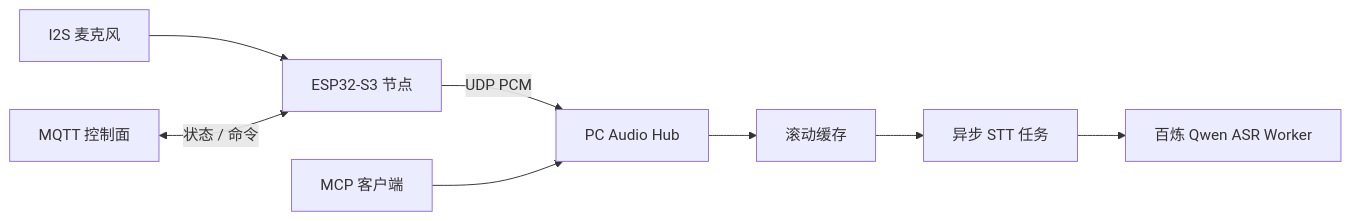
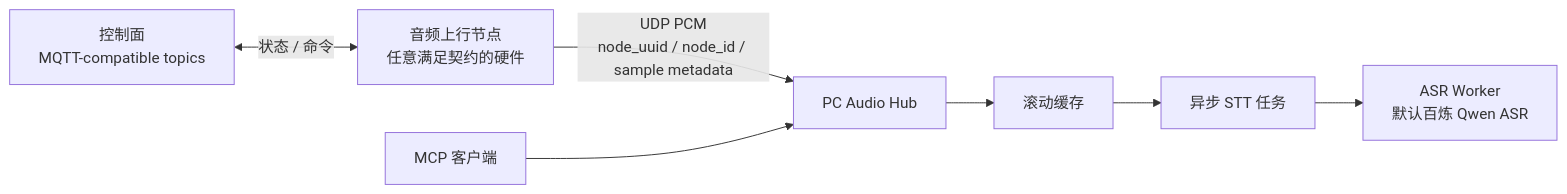
The first of 2 diagrams in README.zh-CN.md (Tobi1chi/EchoTrigger), drawn with Mermaid before and after one commit. The commit also changed other lines of this file and 5 other files, not shown here.

Commit message:
docs: split architecture diagrams

````diff
--- a/README.zh-CN.md
+++ b/README.zh-CN.md
@@ -15,10 +17,9 @@
 ```mermaid
 flowchart LR
-  mic["I2S 麦克风"] --> esp["ESP32-S3 节点"]
-  esp -->|"UDP PCM"| hub["PC Audio Hub"]
+  node["音频上行节点<br/>任意满足契约的硬件"] -->|"UDP PCM<br/>node_uuid / node_id / sample metadata"| hub["PC Audio Hub"]
+  mqtt["控制面<br/>MQTT-compatible topics"] <-->|"状态 / 命令"| node
   hub --> ring["滚动缓存"]
   ring --> jobs["异步 STT 任务"]
-  jobs --> asr["百炼 Qwen ASR Worker"]
-  mqtt["MQTT 控制面"] <-->|"状态 / 命令"| esp
+  jobs --> asr["ASR Worker<br/>默认百炼 Qwen ASR"]
   mcp["MCP 客户端"] --> hub
 ```
````
